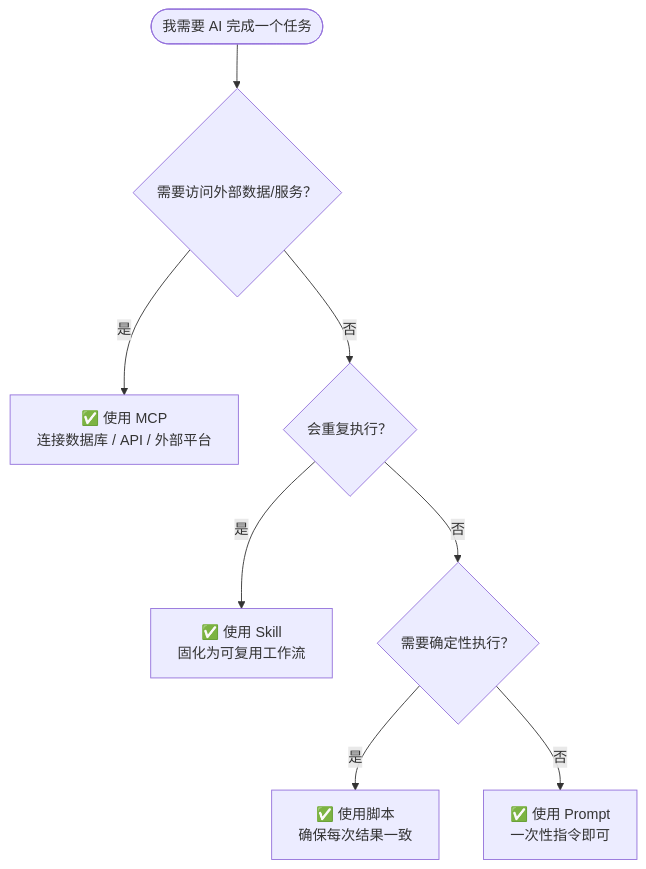
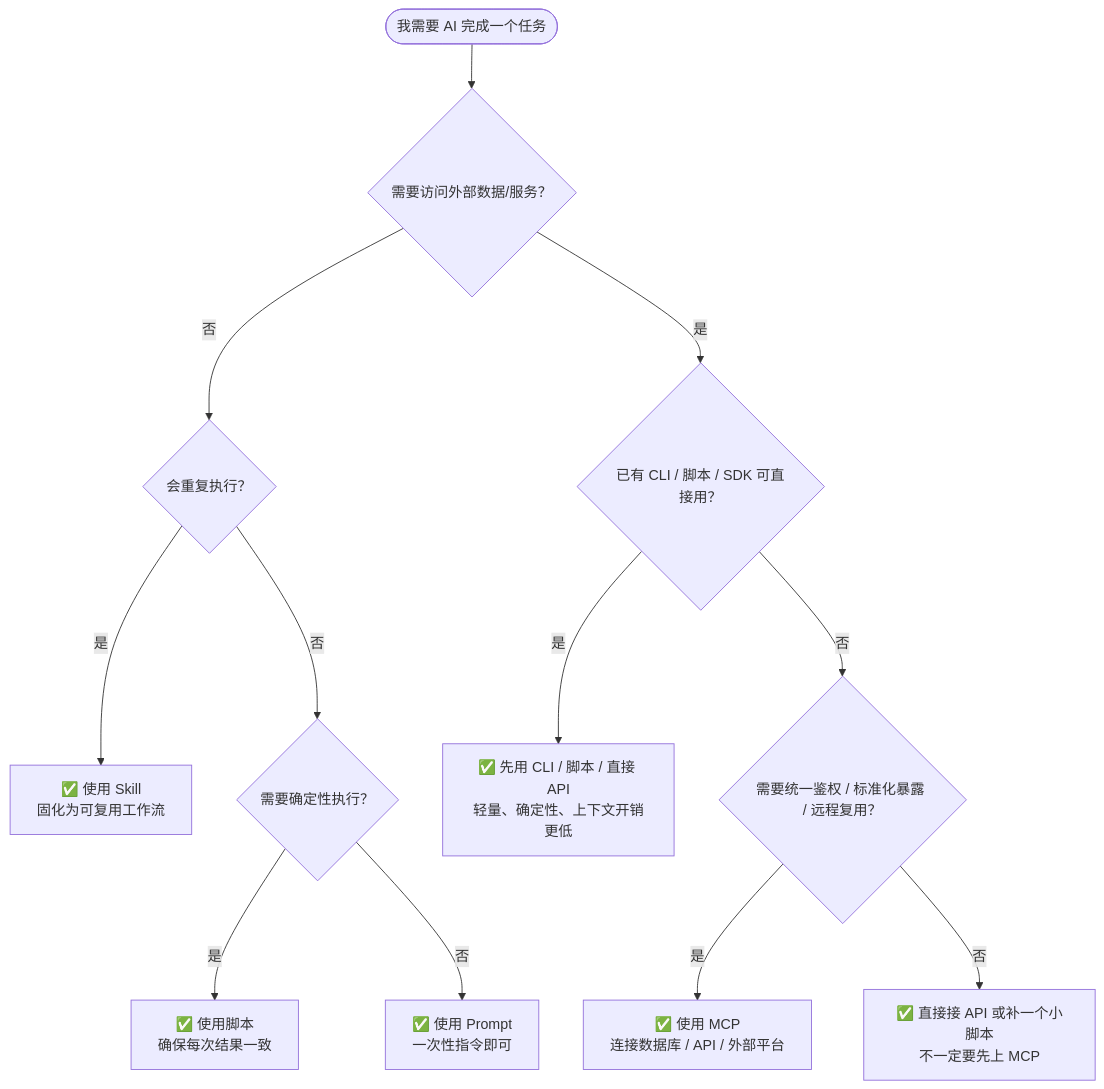
Before and after one commit to zht043/AgenticCodingTutorial: the ninth of 11 diagrams in docs/ch02-concepts/part-2-concepts.md, drawn with Mermaid. The commit also changed other lines of this file and 2 other files, not shown here.

Commit message:
fix mcp vs skills analysis

````diff
--- a/docs/ch02-concepts/part-2-concepts.md
+++ b/docs/ch02-concepts/part-2-concepts.md
@@ -419,13 +424,19 @@
 ```mermaid
 flowchart TB
     Start(["我需要 AI 完成一个任务"]) --> Q1{"需要访问外部数据/服务？"}
 
-    Q1 -- 是 --> MCP["✅ 使用 MCP<br/>连接数据库 / API / 外部平台"]
     Q1 -- 否 --> Q2{"会重复执行？"}
+    Q1 -- 是 --> Q1A{"已有 CLI / 脚本 / SDK 可直接用？"}
+
+    Q1A -- 是 --> CLI["✅ 先用 CLI / 脚本 / 直接 API<br/>轻量、确定性、上下文开销更低"]
+    Q1A -- 否 --> Q1B{"需要统一鉴权 / 标准化暴露 / 远程复用？"}
+
+    Q1B -- 是 --> MCP["✅ 使用 MCP<br/>连接数据库 / API / 外部平台"]
+    Q1B -- 否 --> API["✅ 直接接 API 或补一个小脚本<br/>不一定要先上 MCP"]
 
     Q2 -- 是 --> Skill["✅ 使用 Skill<br/>固化为可复用工作流"]
     Q2 -- 否 --> Q3{"需要确定性执行？"}
 
     Q3 -- 是 --> Script["✅ 使用脚本<br/>确保每次结果一致"]
     Q3 -- 否 --> Prompt["✅ 使用 Prompt<br/>一次性指令即可"]
 ```
````
